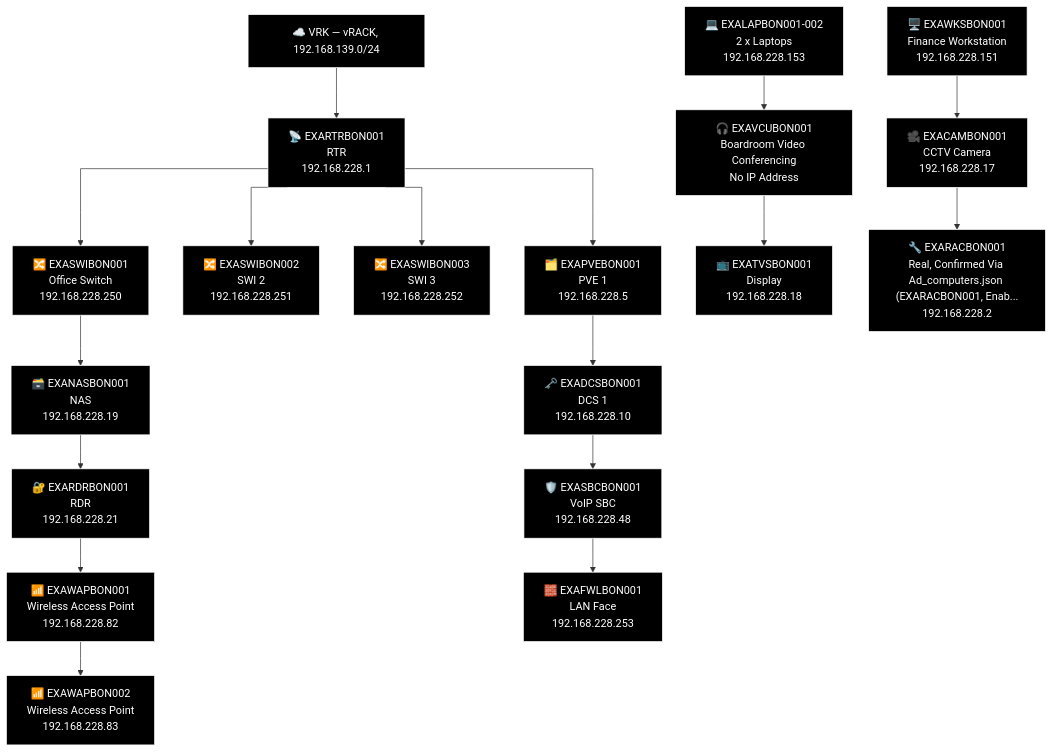
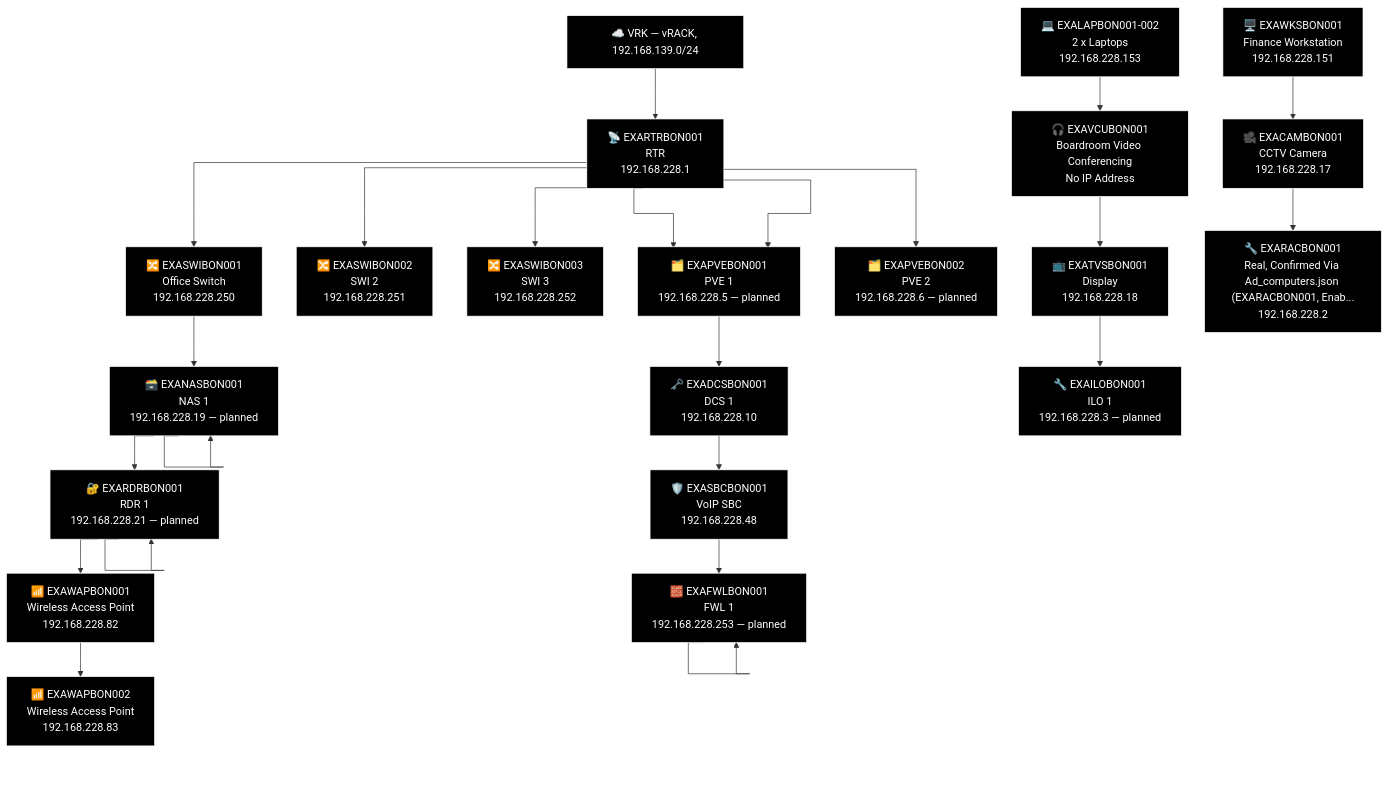
One commit to knightmare2600/example_music_infra changed the third of 13 diagrams in docs/network-diagram/deutschland.md. Above: the diagram before and after it, drawn with Mermaid. The commit also changed other lines of this file and 12 other files, not shown here.

````diff
--- a/docs/network-diagram/deutschland.md
+++ b/docs/network-diagram/deutschland.md
@@ -103,53 +103,67 @@
 ```mermaid
 %% GENERATED:TOPOLOGY:BON:START
 %%{init: {'flowchart': {'curve': 'stepAfter'}}}%%
 graph TD
     T_VRK["☁️ VRK — vRACK, 192.168.139.0/24"]
     T_RTR["📡 EXARTRBON001<br/>RTR<br/>192.168.228.1"]
     T_VRK --> T_RTR
     T_PVE["🗂️ EXAPVEBON001<br/>PVE 1<br/>192.168.228.5"]
     T_RTR --> T_PVE
     T_SWI["🔀 EXASWIBON002<br/>SWI 2<br/>192.168.228.251"]
     T_RTR --> T_SWI
     T_SWI2["🔀 EXASWIBON003<br/>SWI 3<br/>192.168.228.252"]
     T_RTR --> T_SWI2
     T_SWI3["🔀 EXASWIBON001<br/>Office Switch<br/>192.168.228.250"]
     T_RTR --> T_SWI3
+    T_PVE["🗂️ EXAPVEBON001<br/>PVE 1<br/>192.168.228.5 — planned"]
+    T_RTR --> T_PVE
+    T_PVE2["🗂️ EXAPVEBON002<br/>PVE 2<br/>192.168.228.6 — planned"]
+    T_RTR --> T_PVE2
     T_NAS["🗃️ EXANASBON001<br/>NAS<br/>192.168.228.19"]
+    T_NAS["🗃️ EXANASBON001<br/>NAS 1<br/>192.168.228.19 — planned"]
     T_RDR["🔐 EXARDRBON001<br/>RDR<br/>192.168.228.21"]
+    T_RDR["🔐 EXARDRBON001<br/>RDR 1<br/>192.168.228.21 — planned"]
     T_WAP["📶 EXAWAPBON001<br/>Wireless Access Point<br/>192.168.228.82"]
     T_WAP2["📶 EXAWAPBON002<br/>Wireless Access Point<br/>192.168.228.83"]
-    T_SWI3 --> T_NAS --> T_RDR --> T_WAP --> T_WAP2
+    T_SWI3 --> T_NAS --> T_NAS --> T_RDR --> T_RDR --> T_WAP --> T_WAP2
     T_DCS["🗝️ EXADCSBON001<br/>DCS 1<br/>192.168.228.10"]
     T_SBC["🛡️ EXASBCBON001<br/>VoIP SBC<br/>192.168.228.48"]
     T_FWL["🧱 EXAFWLBON001<br/>LAN Face<br/>192.168.228.253"]
-    T_PVE --> T_DCS --> T_SBC --> T_FWL
+    T_FWL["🧱 EXAFWLBON001<br/>FWL 1<br/>192.168.228.253 — planned"]
+    T_PVE --> T_DCS --> T_SBC --> T_FWL --> T_FWL
     T_OTH_LAP["💻 EXALAPBON001-002<br/>2 x Laptops<br/>192.168.228.153"]
     T_WKS["🖥️ EXAWKSBON001<br/>Finance Workstation<br/>192.168.228.151"]
     T_VCU["🎧 EXAVCUBON001<br/>Boardroom Video Conferencing<br/>No IP Address"]
     T_CAM["🎥 EXACAMBON001<br/>CCTV Camera<br/>192.168.228.17"]
     T_TVS["📺 EXATVSBON001<br/>Display<br/>192.168.228.18"]
     T_RAC["🔧 EXARACBON001<br/>Real, Confirmed Via Ad_computers.json (EXARACBON001, Enab...<br/>192.168.228.2"]
-    T_OTH_LAP --> T_VCU --> T_TVS
+    T_ILO["🔧 EXAILOBON001<br/>ILO 1<br/>192.168.228.3 — planned"]
+    T_OTH_LAP --> T_VCU --> T_TVS --> T_ILO
     T_WKS --> T_CAM --> T_RAC
     style T_VRK fill:#000000,stroke:#FFFFFF,color:#FFFFFF
     style T_RTR fill:#000000,stroke:#FFFFFF,color:#FFFFFF
     style T_PVE fill:#000000,stroke:#FFFFFF,color:#FFFFFF
     style T_SWI fill:#000000,stroke:#FFFFFF,color:#FFFFFF
     style T_SWI2 fill:#000000,stroke:#FFFFFF,color:#FFFFFF
     style T_SWI3 fill:#000000,stroke:#FFFFFF,color:#FFFFFF
+    style T_PVE fill:#000000,stroke:#FFFFFF,color:#FFFFFF
+    style T_PVE2 fill:#000000,stroke:#FFFFFF,color:#FFFFFF
     style T_NAS fill:#000000,stroke:#FFFFFF,color:#FFFFFF
+    style T_NAS fill:#000000,stroke:#FFFFFF,color:#FFFFFF
+    style T_RDR fill:#000000,stroke:#FFFFFF,color:#FFFFFF
     style T_RDR fill:#000000,stroke:#FFFFFF,color:#FFFFFF
     style T_WAP fill:#000000,stroke:#FFFFFF,color:#FFFFFF
     style T_WAP2 fill:#000000,stroke:#FFFFFF,color:#FFFFFF
     style T_DCS fill:#000000,stroke:#FFFFFF,color:#FFFFFF
     style T_SBC fill:#000000,stroke:#FFFFFF,color:#FFFFFF
+    style T_FWL fill:#000000,stroke:#FFFFFF,color:#FFFFFF
     style T_FWL fill:#000000,stroke:#FFFFFF,color:#FFFFFF
     style T_OTH_LAP fill:#000000,stroke:#FFFFFF,color:#FFFFFF
     style T_WKS fill:#000000,stroke:#FFFFFF,color:#FFFFFF
     style T_VCU fill:#000000,stroke:#FFFFFF,color:#FFFFFF
     style T_CAM fill:#000000,stroke:#FFFFFF,color:#FFFFFF
     style T_TVS fill:#000000,stroke:#FFFFFF,color:#FFFFFF
     style T_RAC fill:#000000,stroke:#FFFFFF,color:#FFFFFF
+    style T_ILO fill:#000000,stroke:#FFFFFF,color:#FFFFFF
 %% GENERATED:TOPOLOGY:BON:END
 ```
````
